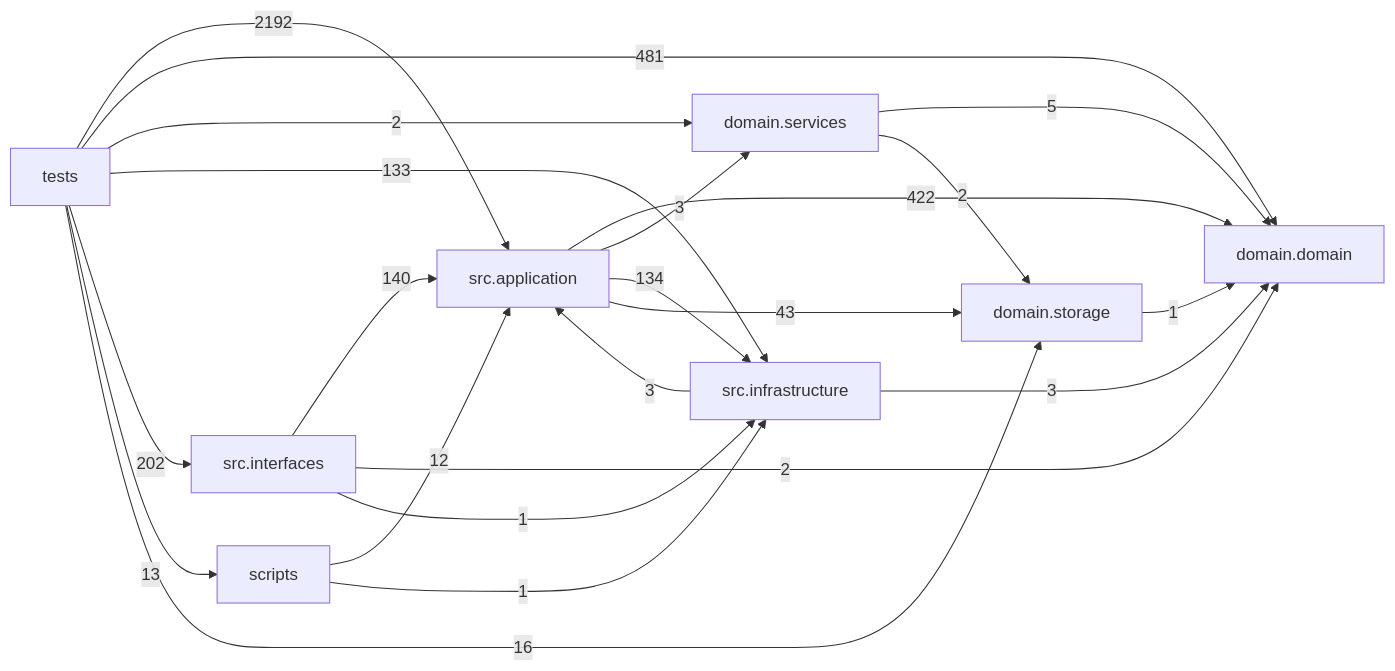
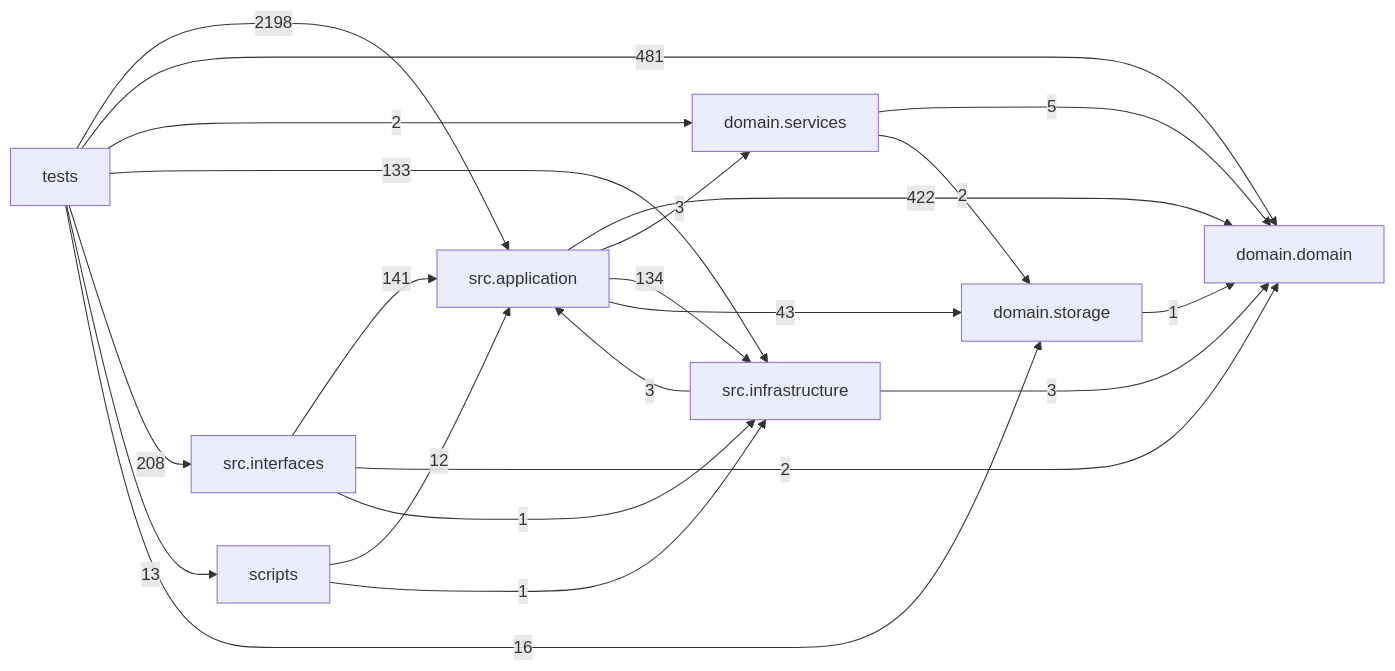
Before and after one commit to liuxie066/options-monitor: the diagram in docs/DEPENDENCY_GRAPH.md, drawn with Mermaid. The commit also changed other lines of this file and 14 other files, not shown here.

````diff
--- a/docs/DEPENDENCY_GRAPH.md
+++ b/docs/DEPENDENCY_GRAPH.md
@@ -24,32 +24,32 @@
 ```mermaid
 flowchart LR
   tests["tests"]
   scripts["scripts"]
   interfaces["src.interfaces"]
   application["src.application"]
   infrastructure["src.infrastructure"]
   domain_services["domain.services"]
   domain["domain.domain"]
   storage["domain.storage"]
   application -->|422| domain
   application -->|3| domain_services
   application -->|134| infrastructure
   application -->|43| storage
   domain_services -->|5| domain
   domain_services -->|2| storage
   infrastructure -->|3| application
   infrastructure -->|3| domain
-  interfaces -->|140| application
+  interfaces -->|141| application
   interfaces -->|2| domain
   interfaces -->|1| infrastructure
   scripts -->|12| application
   scripts -->|1| infrastructure
   storage -->|1| domain
-  tests -->|2192| application
+  tests -->|2198| application
   tests -->|481| domain
   tests -->|2| domain_services
   tests -->|133| infrastructure
-  tests -->|202| interfaces
+  tests -->|208| interfaces
   tests -->|13| scripts
   tests -->|16| storage
 ```
````
